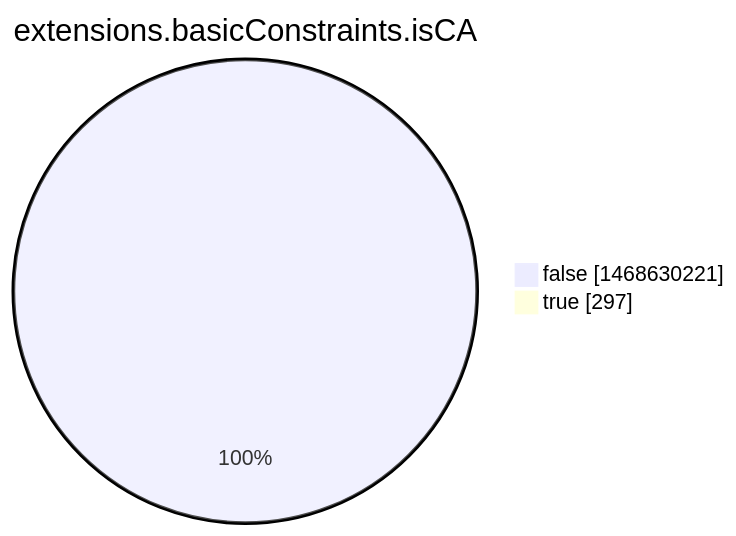
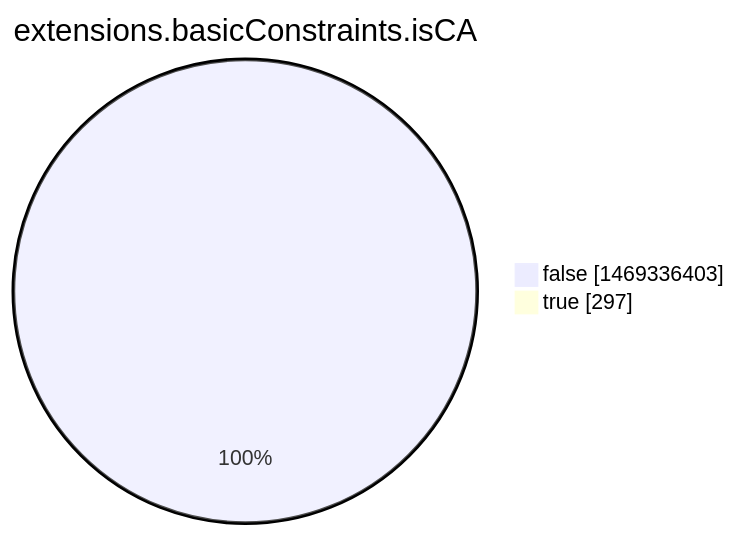
One commit to christiankrug/ctmonitor_visualization changed the eighth of 15 diagrams in argon2022/README.md. Above: the diagram before and after it, drawn with Mermaid. The commit also changed other lines of this file, not shown here.

````diff
--- a/argon2022/README.md
+++ b/argon2022/README.md
@@ -2760,6 +2760,6 @@
 ```mermaid
 pie showData
 title extensions.basicConstraints.isCA
-"false" :1468630221
+"false" :1469336403
 "true" :297
 ```
````
